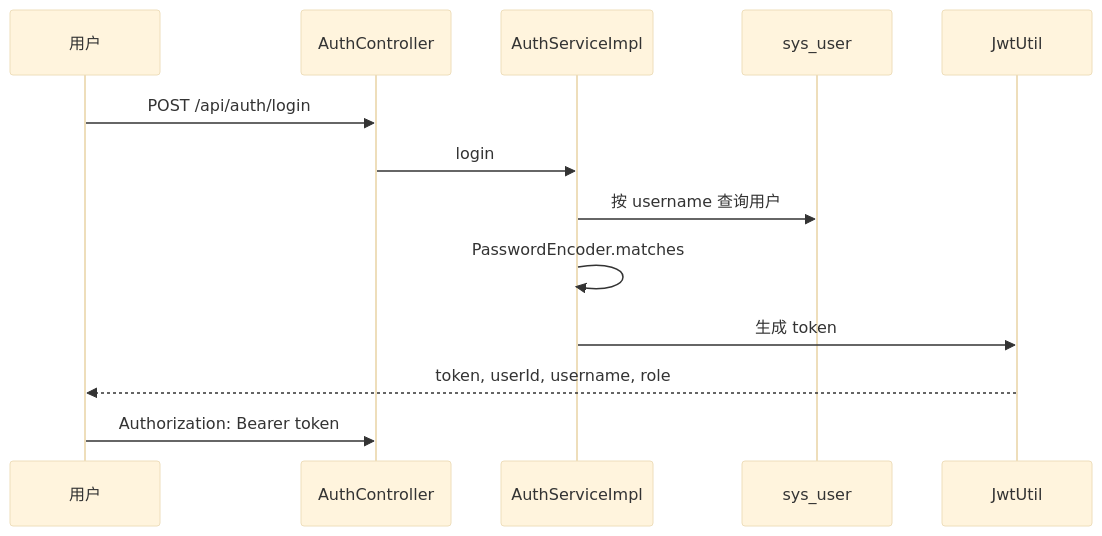
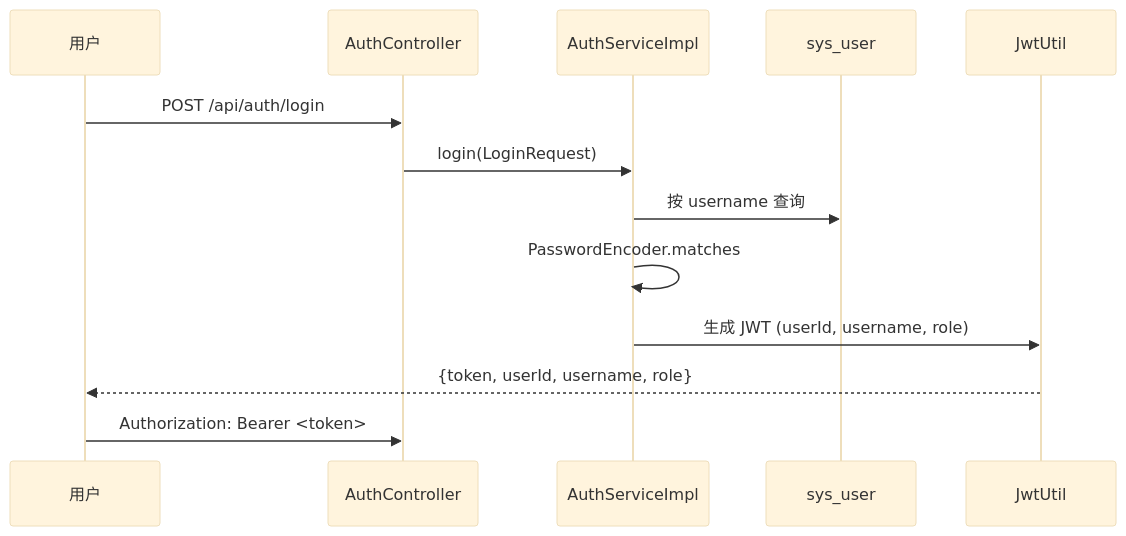
The first of 2 diagrams in docs/auth-flow.md (SodaWWater/campus-market), drawn with Mermaid (base theme) before and after one commit. The commit also changed other lines of this file and 8 other files, not shown here.

````diff
--- a/docs/auth-flow.md
+++ b/docs/auth-flow.md
@@ -3,15 +3,15 @@
 ```mermaid
 sequenceDiagram
   participant U as 用户
   participant A as AuthController
   participant S as AuthServiceImpl
   participant DB as sys_user
   participant J as JwtUtil
   U->>A: POST /api/auth/login
-  A->>S: login
-  S->>DB: 按 username 查询用户
+  A->>S: login(LoginRequest)
+  S->>DB: 按 username 查询
   S->>S: PasswordEncoder.matches
-  S->>J: 生成 token
-  J-->>U: token, userId, username, role
-  U->>A: Authorization: Bearer token
+  S->>J: 生成 JWT (userId, username, role)
+  J-->>U: {token, userId, username, role}
+  U->>A: Authorization: Bearer <token>
 ```
````
